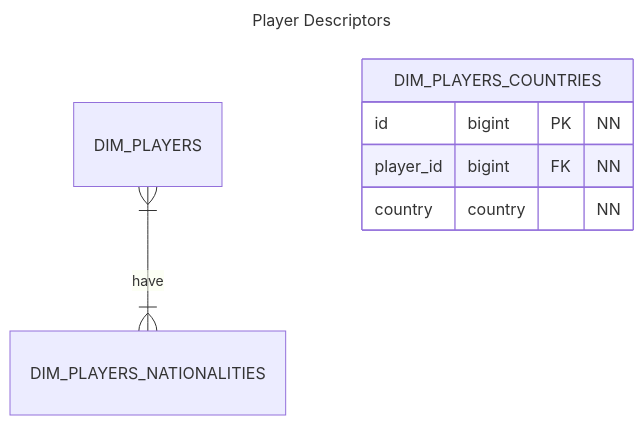
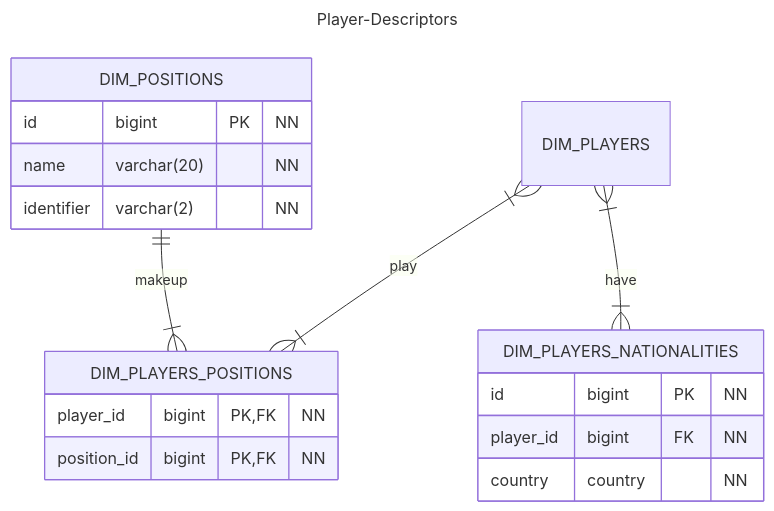
Before and after one commit to SwolenOstrich430/basketball-stats: the diagram in uml/players/players-desciptors.mmd, drawn with Mermaid.

Commit message:
adding many to many relationship for plays and positions

```diff
--- a/uml/players/players-desciptors.mmd
+++ b/uml/players/players-desciptors.mmd
@@ -1,11 +1,25 @@
 ---
-title: Player Descriptors
+title: Player-Descriptors
 ---
+
 erDiagram
+    DIM_PLAYERS }|--|{ DIM_PLAYERS_POSITIONS : play
+    DIM_POSITIONS ||--|{ DIM_PLAYERS_POSITIONS : makeup
     DIM_PLAYERS }|--|{ DIM_PLAYERS_NATIONALITIES : have
 
-    DIM_PLAYERS_COUNTRIES {
+    DIM_PLAYERS_NATIONALITIES {
         id bigint PK "NN" 
         player_id bigint FK "NN" 
         country country "NN"
     }
+
+    DIM_PLAYERS_POSITIONS {
+        player_id bigint PK, FK "NN" 
+        position_id bigint PK, FK "NN"
+    }
+
+    DIM_POSITIONS {
+        id bigint PK "NN" 
+        name varchar(20) "NN" 
+        identifier varchar(2) "NN"
+    }
```
